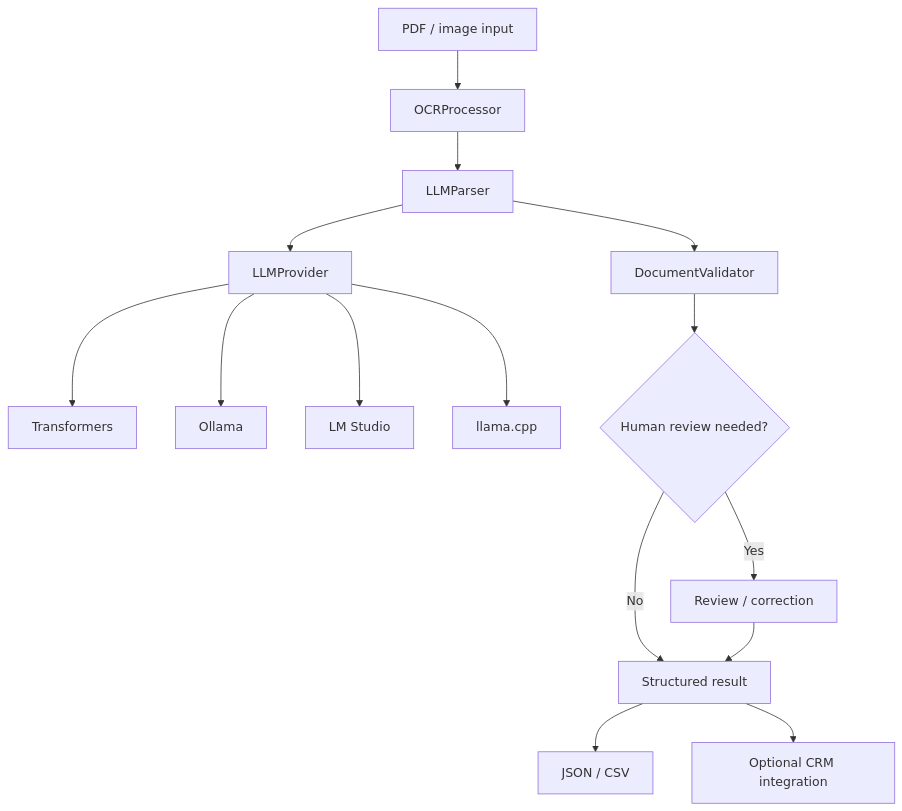
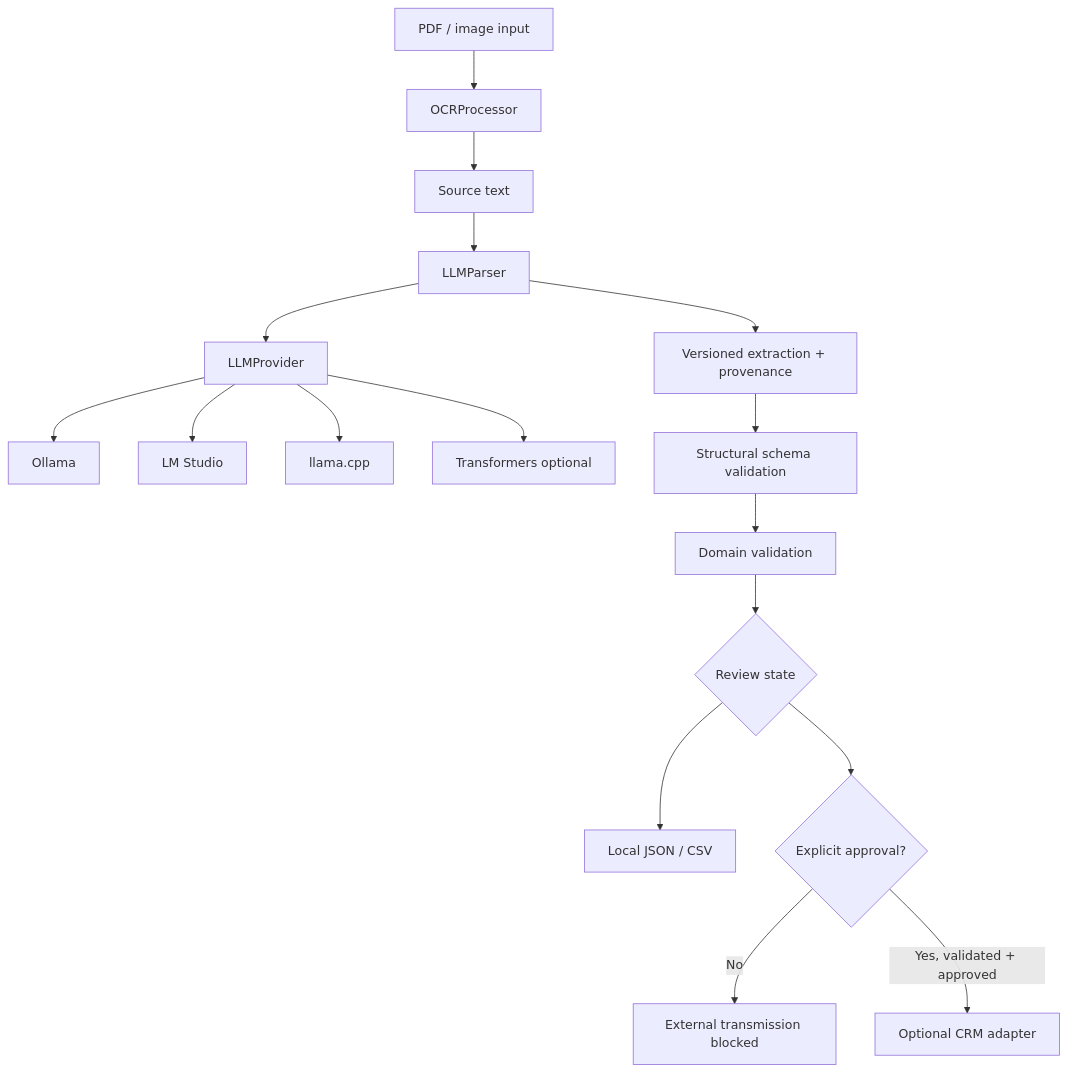
Before and after one commit to JDavydovPortfolio/MoneyPulse: the diagram in docs/ARCHITECTURE.md, drawn with Mermaid. The commit also changed other lines of this file and 37 other files, not shown here.

Commit message:
Harden extraction validation and local output boundaries

````diff
--- a/docs/ARCHITECTURE.md
+++ b/docs/ARCHITECTURE.md
@@ -7,17 +7,19 @@
 ```mermaid
 flowchart TD
     A[PDF / image input] --> B[OCRProcessor]
-    B --> C[LLMParser]
-    C --> D[LLMProvider]
-    D --> D1[Transformers]
-    D --> D2[Ollama]
-    D --> D3[LM Studio]
-    D --> D4[llama.cpp]
-    C --> E[DocumentValidator]
-    E --> F{Human review needed?}
-    F -->|Yes| G[Review / correction]
-    F -->|No| H[Structured result]
-    G --> H
-    H --> I[JSON / CSV]
-    H --> J[Optional CRM integration]
+    B --> C[Source text]
+    C --> D[LLMParser]
+    D --> E[LLMProvider]
+    E --> E1[Ollama]
+    E --> E2[LM Studio]
+    E --> E3[llama.cpp]
+    E --> E4[Transformers optional]
+    D --> F[Versioned extraction + provenance]
+    F --> G[Structural schema validation]
+    G --> H[Domain validation]
+    H --> I{Review state}
+    I --> J[Local JSON / CSV]
+    I --> K{Explicit approval?}
+    K -->|No| L[External transmission blocked]
+    K -->|Yes, validated + approved| M[Optional CRM adapter]
 ```
````
